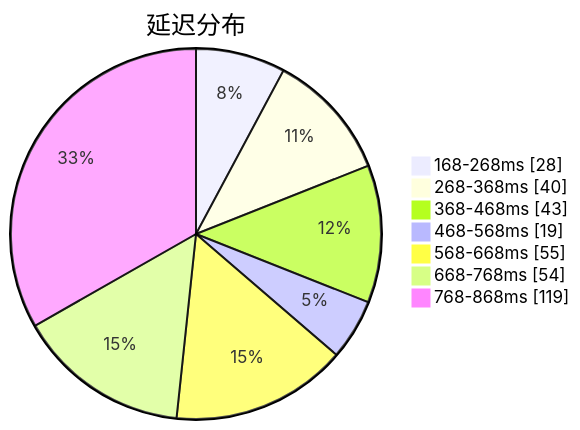
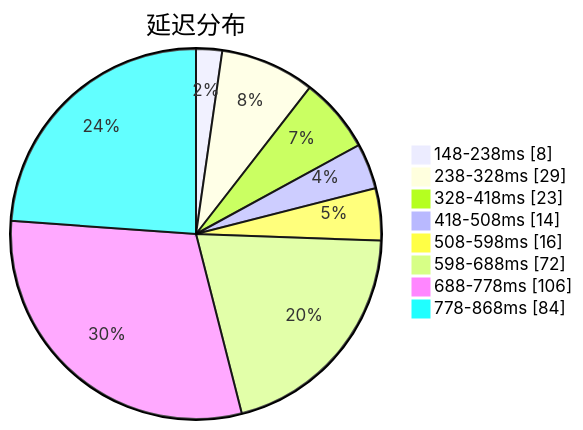
One commit to qjlxg/airport changed the first of 3 diagrams in subs/statistics/tested_within.md. Above: the diagram before and after it, drawn with Mermaid. The commit also changed other lines of this file and 2 other files, not shown here.

Commit message:
Tested by metaST

````diff
--- a/subs/statistics/tested_within.md
+++ b/subs/statistics/tested_within.md
@@ -2,11 +2,12 @@
 ```mermaid
 pie showData
 title 延迟分布
-"168-268ms" : 28
-"268-368ms" : 40
-"368-468ms" : 43
-"468-568ms" : 19
-"568-668ms" : 55
-"668-768ms" : 54
-"768-868ms" : 119
+"148-238ms" : 8
+"238-328ms" : 29
+"328-418ms" : 23
+"418-508ms" : 14
+"508-598ms" : 16
+"598-688ms" : 72
+"688-778ms" : 106
+"778-868ms" : 84
 ```
````
